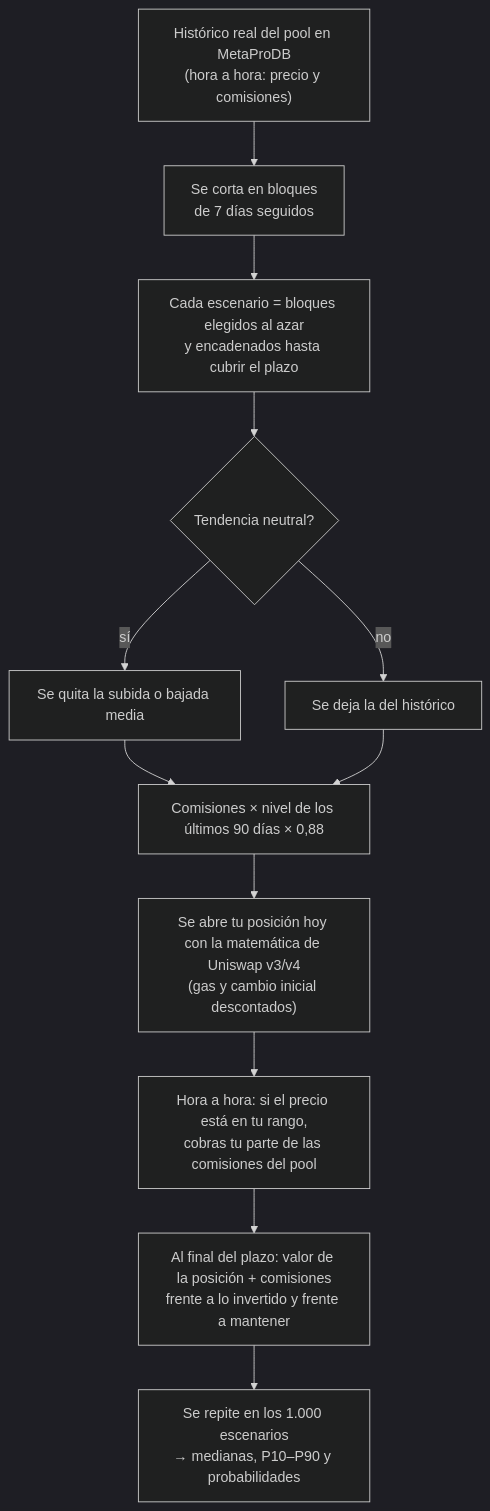
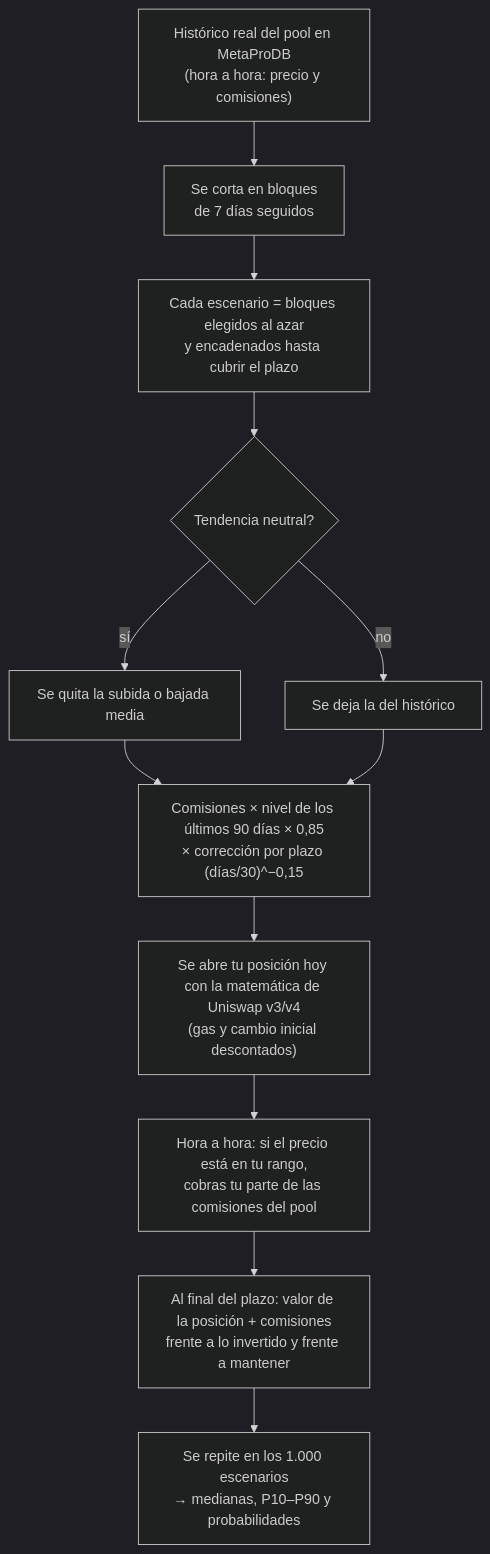
One commit to Caiico1/etapas-weinstein changed the fifth of 7 diagrams in Guia Simulador.md. Above: the diagram before and after it, drawn with Mermaid (dark theme). The commit also changed other lines of this file and 10 other files, not shown here.

First line of the commit message:
Simulador: corrección de comisiones por plazo, (días/30)^-0,15 con ajuste 0,85

````diff
--- a/Guia Simulador.md
+++ b/Guia Simulador.md
@@ -248,14 +249,14 @@
 ```mermaid
 flowchart TD
     H["Histórico real del pool en MetaProDB<br/>(hora a hora: precio y comisiones)"] --> B["Se corta en bloques<br/>de 7 días seguidos"]
     B --> S["Cada escenario = bloques elegidos al azar<br/>y encadenados hasta cubrir el plazo"]
     S --> T{"Tendencia neutral?"}
     T -->|sí| N["Se quita la subida o bajada media"]
     T -->|no| K["Se deja la del histórico"]
-    N --> C["Comisiones × nivel de los últimos 90 días × 0,88"]
+    N --> C["Comisiones × nivel de los últimos 90 días × 0,85<br/>× corrección por plazo (días/30)^−0,15"]
     K --> C
     C --> P["Se abre tu posición hoy con la matemática de Uniswap v3/v4<br/>(gas y cambio inicial descontados)"]
     P --> F["Hora a hora: si el precio está en tu rango,<br/>cobras tu parte de las comisiones del pool"]
     F --> R["Al final del plazo: valor de la posición + comisiones<br/>frente a lo invertido y frente a mantener"]
     R --> Q["Se repite en los 1.000 escenarios<br/>→ medianas, P10–P90 y probabilidades"]
 ```
````
